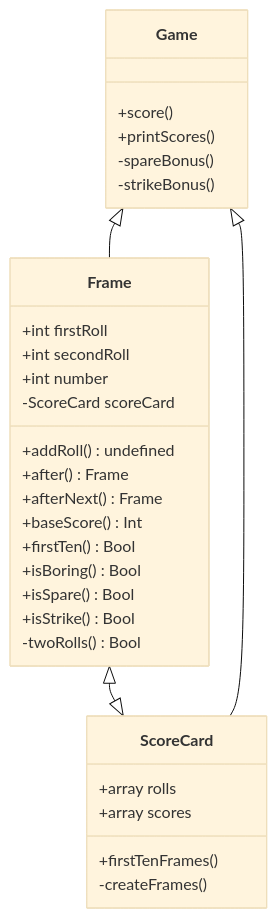
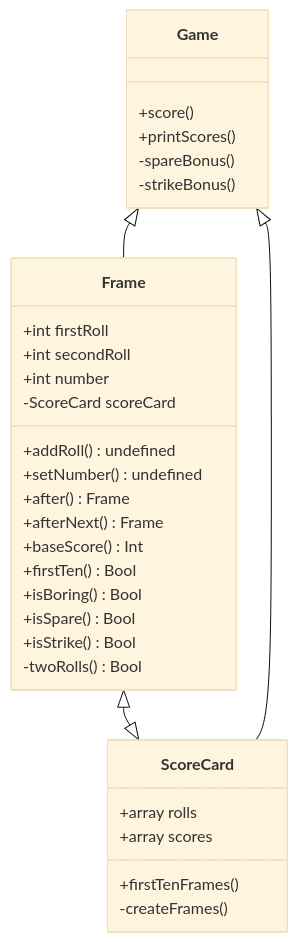
Before and after one commit to makersacademy/bowling-challenge: the diagram in CLASSES.md, drawn with Mermaid (base theme). The commit also changed 3 other files, not shown here.

````diff
--- a/CLASSES.md
+++ b/CLASSES.md
@@ -1,42 +1,43 @@
 ```mermaid 
  classDiagram
       class Frame{
           +int firstRoll
           +int secondRoll
           +int number
 
           -ScoreCard scoreCard
           
           +addRoll() undefined
+          +setNumber() undefined
           +after() Frame
           +afterNext() Frame
           +baseScore() Int
           +firstTen() Bool
           +isBoring() Bool
           +isSpare() Bool
           +isStrike() Bool
 
           -twoRolls() Bool
       }
 
       class ScoreCard{
           +array rolls
           +array scores
 
           +firstTenFrames()
 
           -createFrames()
       }
 
       class Game{
         +score()
         +printScores()
-        
+
         -spareBonus()
         -strikeBonus()
       }
 
       Frame <|--|> ScoreCard
       Game <|-- Frame
       Game <|-- ScoreCard
 ```
````
